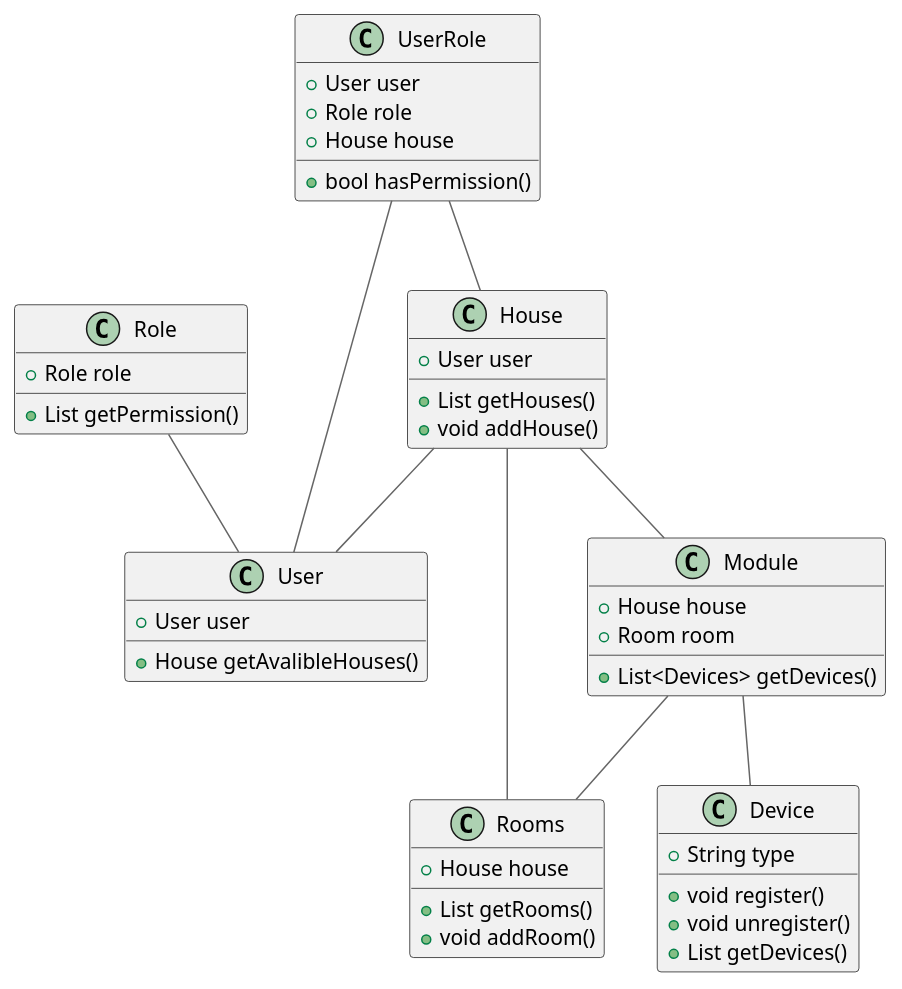
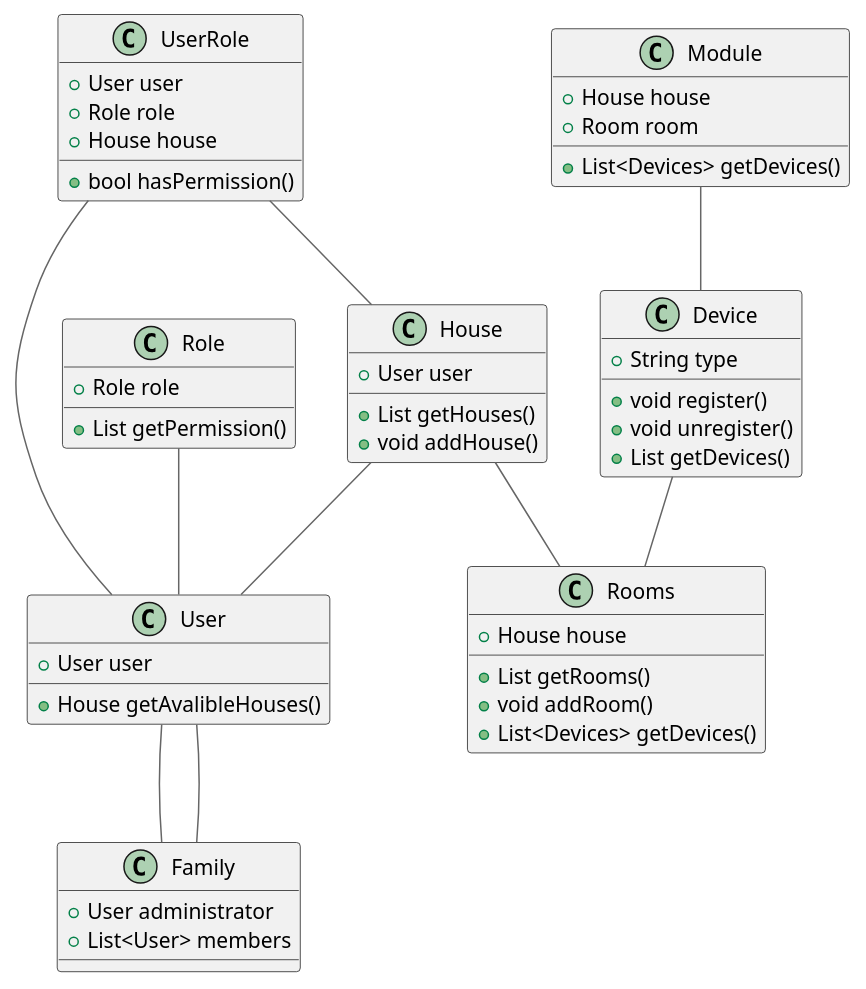
One commit to VZMDeadAngel/architecture-sprint-3 changed the diagram in diagrams/code1.puml. Above: the diagram before and after it, drawn with PlantUML. The commit also changed 15 other files, not shown here.

```diff
--- a/diagrams/code1.puml
+++ b/diagrams/code1.puml
@@ -1,58 +1,65 @@
 @startuml
 
 top to bottom direction
 
 !include https://raw.githubusercontent.com/plantuml-stdlib/C4-PlantUML/master/C4_Component.puml
 
 class Role{
     +Role role
     +List getPermission()
 }
 
 class User{
     +User user
     +House getAvalibleHouses()
+}
+
+class Family{
+    +User administrator
+    +List<User> members
 }
 
 class Module{
     +House house
     +Room room
     +List<Devices> getDevices()
 }
 
 class House{
     +User user
     +List getHouses()
     +void addHouse()
 }
 
 class Rooms{
     +House house
     +List getRooms()
     +void addRoom()
+    +List<Devices> getDevices()
 }
 
 class UserRole {
     +User user
     +Role role
     +House house
     +bool hasPermission()
 }
 
 class Device {
   +String type
   +void register()
   +void unregister()
   +List getDevices()
 }
 
 Role -- User
 UserRole -- User
 House -- Rooms
 House -- User
 UserRole -- House
-House -- Module
-Module -- Rooms
 Module -- Device
+Family -- User
+User -- Family
+Device -- Rooms
 
 @enduml
```
